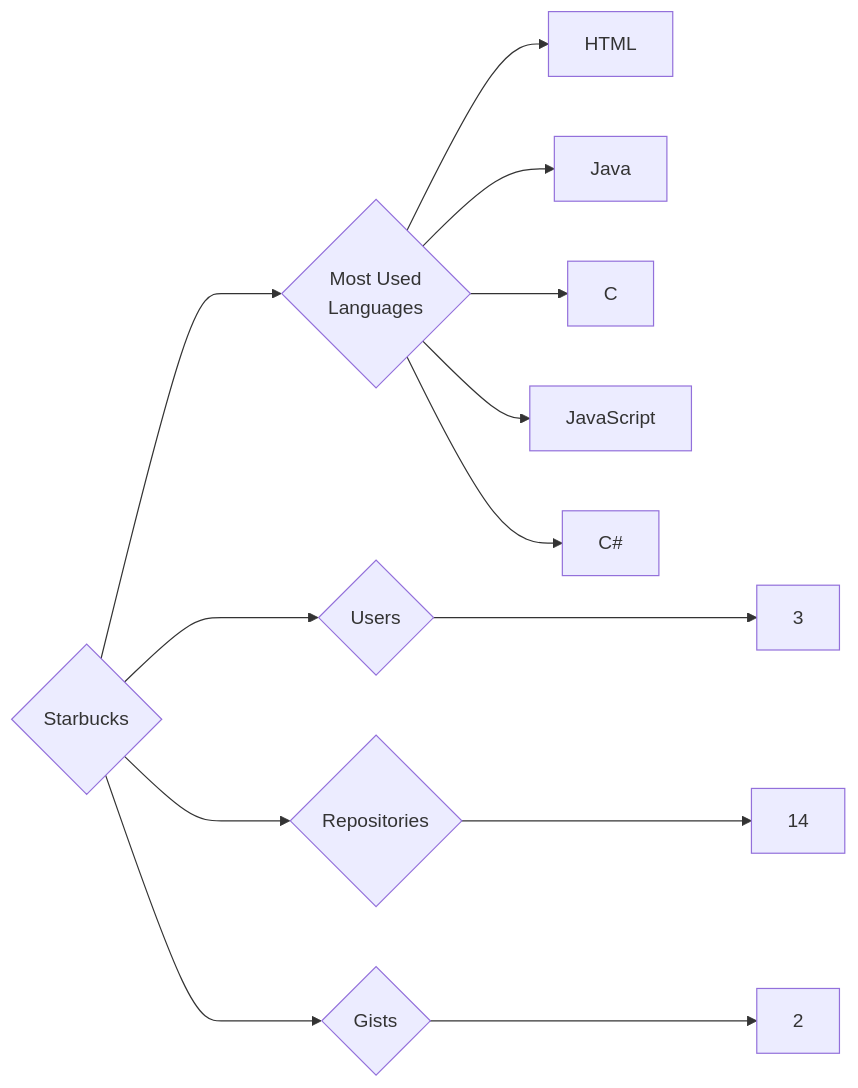
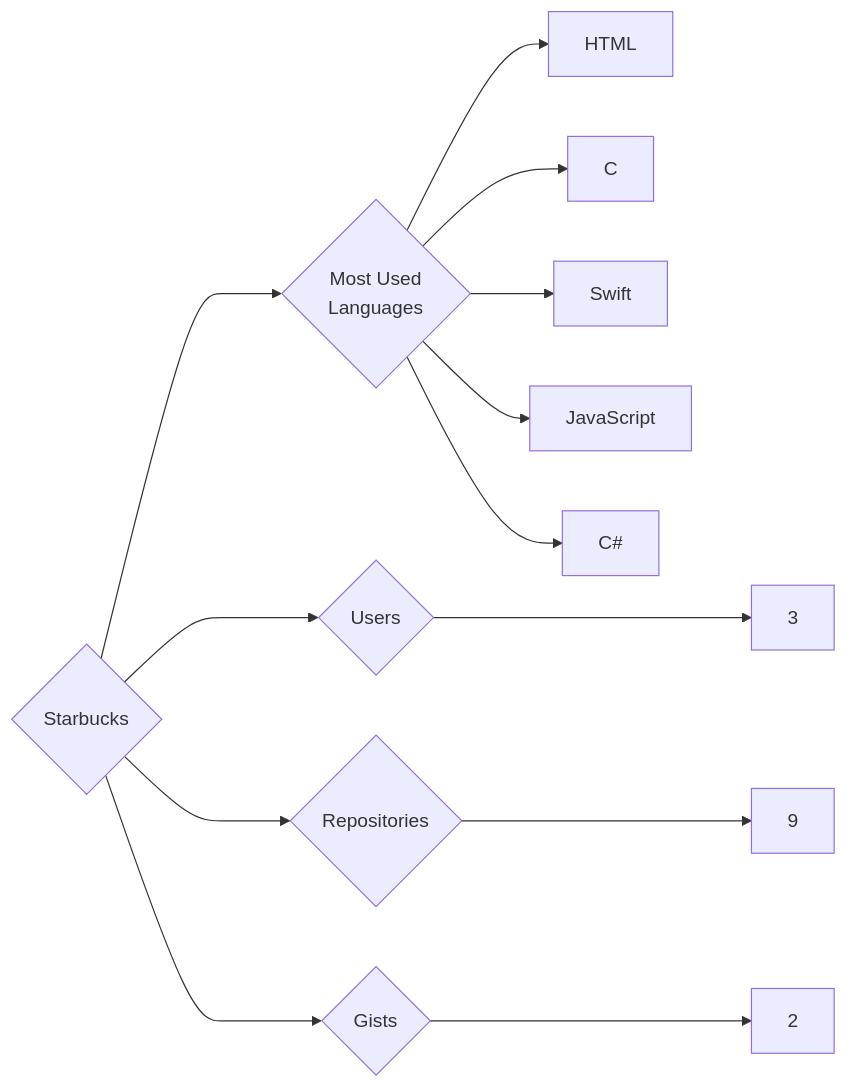
Before and after one commit to trickest/insiders: the diagram in targets/Starbucks/README.md, drawn with Mermaid. The commit also changed 1389 other files, not shown here.

````diff
--- a/targets/Starbucks/README.md
+++ b/targets/Starbucks/README.md
@@ -3,13 +3,13 @@
 ```mermaid
 graph LR
 COMPANY_NAME{Starbucks}
 COMPANY_NAME ---> U{Users} ---> UN[3]
-COMPANY_NAME ---> R{Repositories} ---> RN[14]
+COMPANY_NAME ---> R{Repositories} ---> RN[9]
 COMPANY_NAME ---> G{Gists} ---> GN[2]
 COMPANY_NAME ---> ML{Most Used<br>Languages}
 ML --> HTML[HTML]
-ML --> Java[Java]
 ML --> C[C]
+ML --> Swift[Swift]
 ML --> JavaScript[JavaScript]
 ML --> C#[C#]
 ```
````
